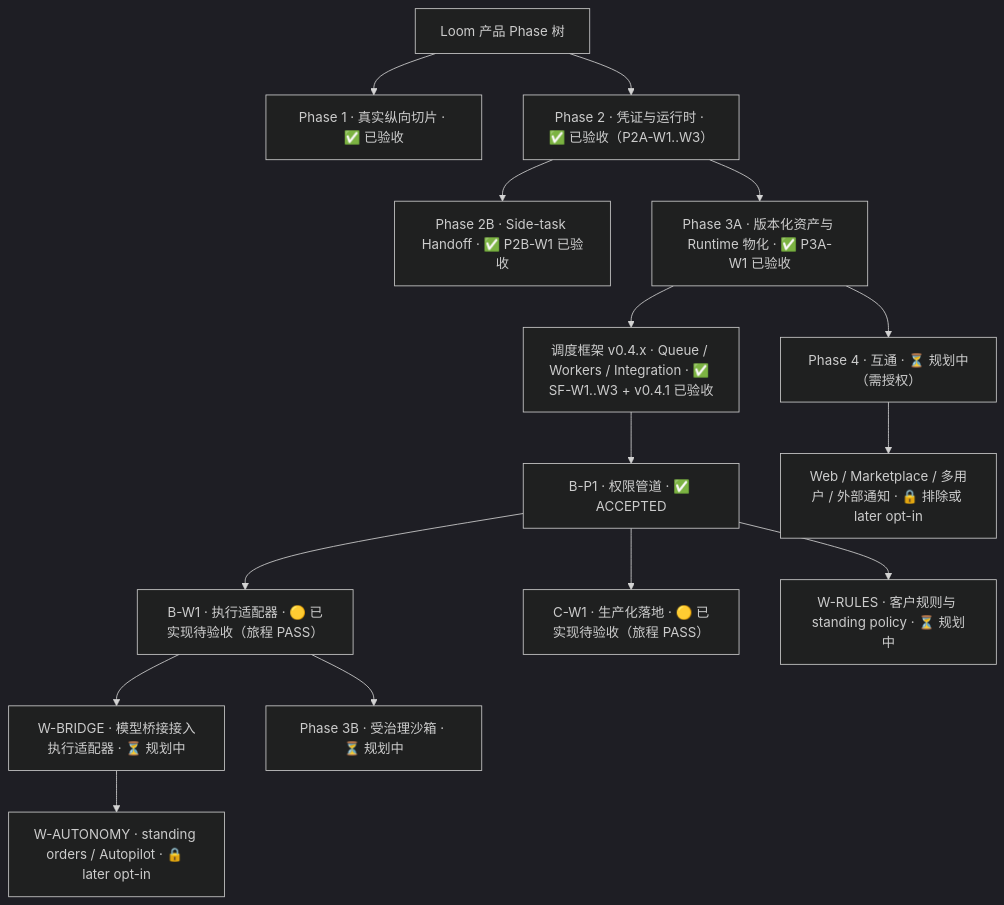
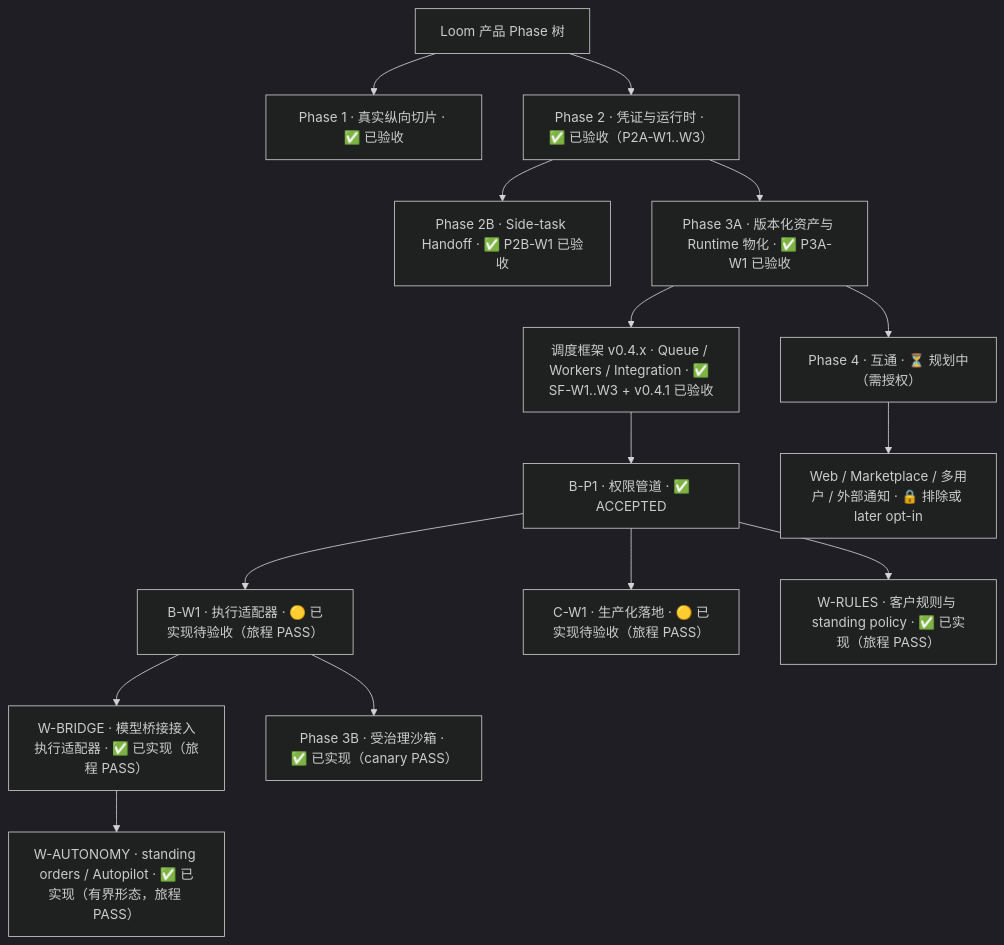
The diagram in .loom-evidence/execution-adapter/PHASE-TREE.md (tttboy123/loom), drawn with Mermaid (dark theme) before and after one commit. The commit also changed other lines of this file, not shown here.

Commit message:
docs(phase-tree): mark Phase 3 extension nodes implemented (W-BRIDGE/W-RULES/Phase3B/W-AUTONOMY)

````diff
--- a/.loom-evidence/execution-adapter/PHASE-TREE.md
+++ b/.loom-evidence/execution-adapter/PHASE-TREE.md
@@ -9,18 +9,18 @@
 ```mermaid
 flowchart TD
     root["Loom 产品 Phase 树"]
     root --> p1["Phase 1 · 真实纵向切片 · ✅ 已验收"]
     root --> p2["Phase 2 · 凭证与运行时 · ✅ 已验收（P2A-W1..W3）"]
     p2 --> p2b["Phase 2B · Side-task Handoff · ✅ P2B-W1 已验收"]
     p2 --> p3a["Phase 3A · 版本化资产与 Runtime 物化 · ✅ P3A-W1 已验收"]
     p3a --> sf["调度框架 v0.4.x · Queue / Workers / Integration · ✅ SF-W1..W3 + v0.4.1 已验收"]
     sf --> bp1["B-P1 · 权限管道 · ✅ ACCEPTED"]
     bp1 --> bw1["B-W1 · 执行适配器 · 🟡 已实现待验收（旅程 PASS）"]
     bp1 --> cw1["C-W1 · 生产化落地 · 🟡 已实现待验收（旅程 PASS）"]
-    bw1 --> wbridge["W-BRIDGE · 模型桥接接入执行适配器 · ⏳ 规划中"]
-    bp1 --> wrules["W-RULES · 客户规则与 standing policy · ⏳ 规划中"]
-    bw1 --> wsandbox["Phase 3B · 受治理沙箱 · ⏳ 规划中"]
-    wbridge --> wauto["W-AUTONOMY · standing orders / Autopilot · 🔒 later opt-in"]
+    bw1 --> wbridge["W-BRIDGE · 模型桥接接入执行适配器 · ✅ 已实现（旅程 PASS）"]
+    bp1 --> wrules["W-RULES · 客户规则与 standing policy · ✅ 已实现（旅程 PASS）"]
+    bw1 --> wsandbox["Phase 3B · 受治理沙箱 · ✅ 已实现（canary PASS）"]
+    wbridge --> wauto["W-AUTONOMY · standing orders / Autopilot · ✅ 已实现（有界形态，旅程 PASS）"]
     p3a --> p4["Phase 4 · 互通 · ⏳ 规划中（需授权）"]
     p4 --> opt["Web / Marketplace / 多用户 / 外部通知 · 🔒 排除或 later opt-in"]
 ```
````
